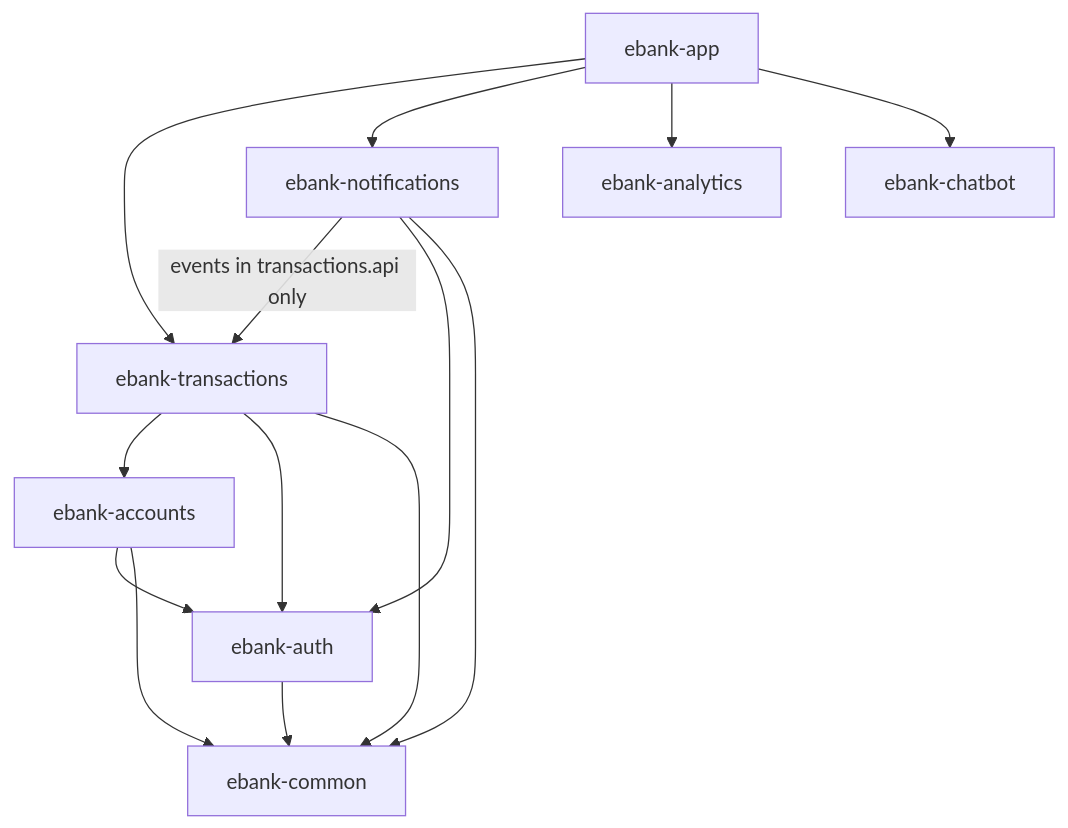
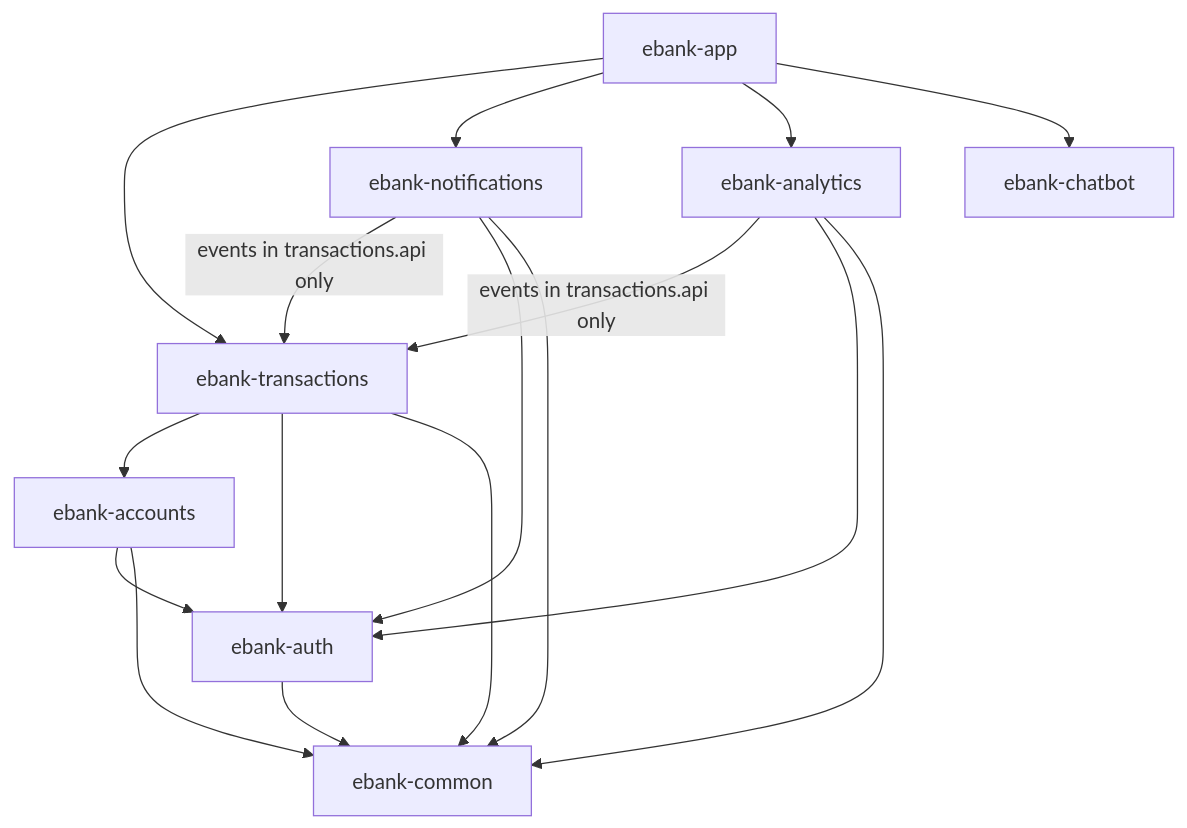
The second of 3 diagrams in README.md (Samlogy/ebank-app-learn), drawn with Mermaid before and after one commit. The commit also changed other lines of this file, not shown here.

````diff
--- a/README.md
+++ b/README.md
@@ -88,16 +89,19 @@
 ```mermaid
 flowchart TD
     App[ebank-app] --> Transactions[ebank-transactions]
     App --> Notifications[ebank-notifications]
     App --> Analytics[ebank-analytics]
     App --> Chatbot[ebank-chatbot]
     Transactions --> Accounts[ebank-accounts]
     Transactions --> Auth[ebank-auth]
     Transactions --> Common[ebank-common]
     Notifications -->|events in transactions.api only| Transactions
     Notifications --> Auth
     Notifications --> Common
+    Analytics -->|events in transactions.api only| Transactions
+    Analytics --> Auth
+    Analytics --> Common
     Accounts --> Auth
     Accounts --> Common
     Auth --> Common
 ```
````
